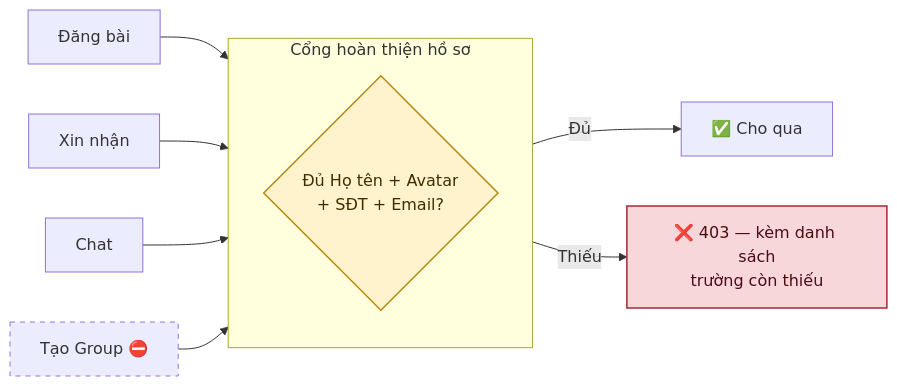
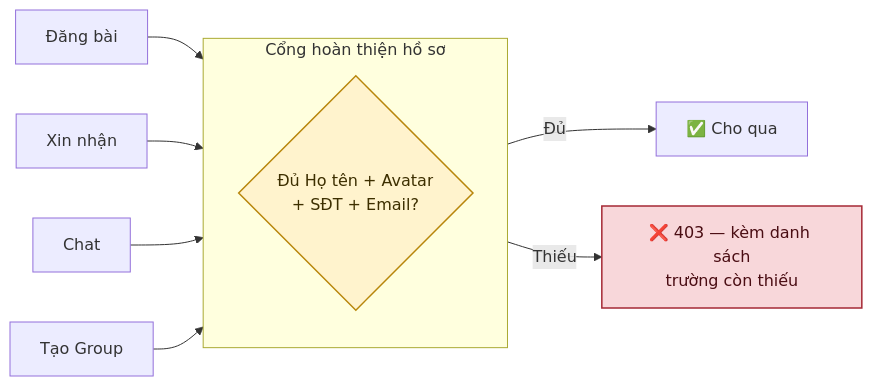
The first of 6 diagrams in docs/diagram/02-profile.md (fdshn/trueheart), drawn with Mermaid before and after one commit. The commit also changed other lines of this file and 43 other files, not shown here.

````diff
--- a/docs/diagram/02-profile.md
+++ b/docs/diagram/02-profile.md
@@ -7,19 +7,18 @@
 ```mermaid
 flowchart LR
     subgraph G["Cổng hoàn thiện hồ sơ"]
         direction TB
         C{Đủ Họ tên + Avatar<br/>+ SĐT + Email?}
     end
 
     A1[Đăng bài] --> C
     A2[Xin nhận] --> C
     A3[Chat] --> C
-    A4[Tạo Group ⛔] --> C
+    A4[Tạo Group] --> C
 
     C -->|Đủ| OK[✅ Cho qua]
     C -->|Thiếu| NO[❌ 403 — kèm danh sách<br/>trường còn thiếu]
 
     style C fill:#fff3cd,stroke:#b8860b,stroke-width:1.5px,color:#3d2f00
     style NO fill:#f8d7da,stroke:#a52834,stroke-width:1.5px,color:#4a0d13
-    style A4 stroke-dasharray: 5 5
 ```
````
